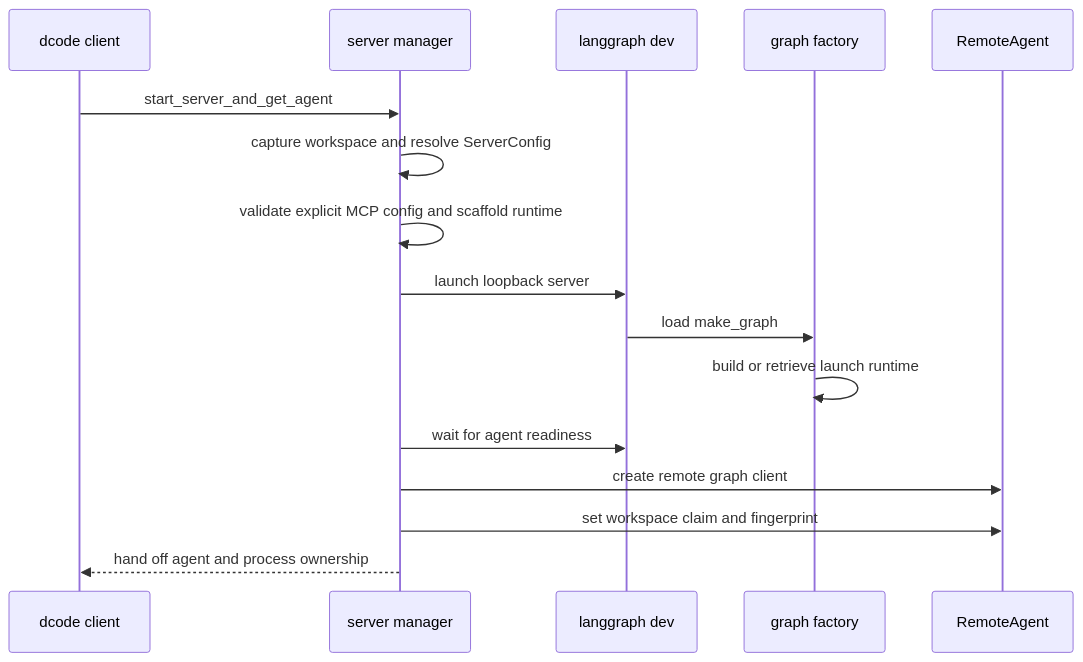
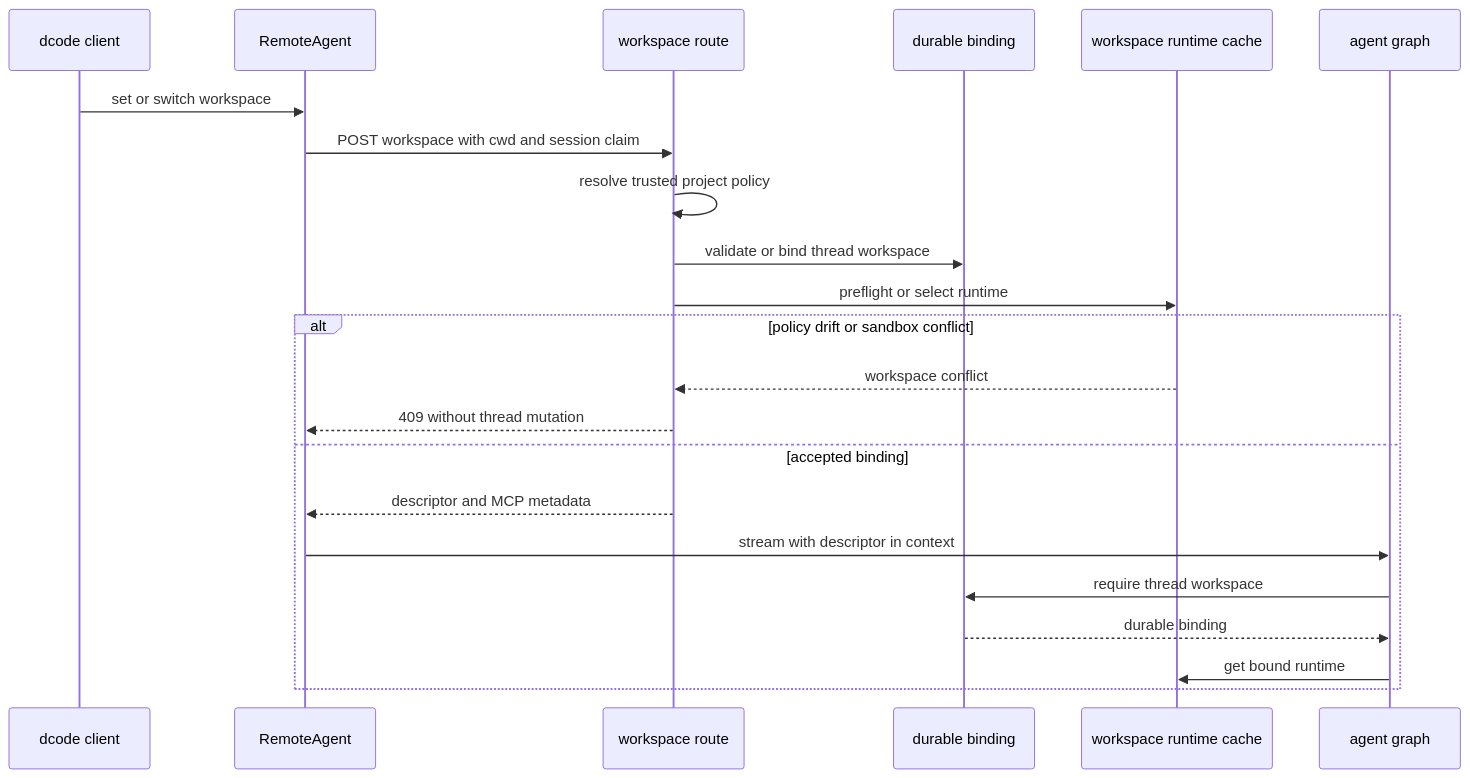
The diagram in openwiki/architecture/runtime-behavior.md (langchain-ai/deepagents), drawn with Mermaid before and after one commit. The commit also changed other lines of this file and 63 other files, not shown here.

````diff
--- a/openwiki/architecture/runtime-behavior.md
+++ b/openwiki/architecture/runtime-behavior.md
@@ -45,18 +67,24 @@
 ```mermaid
 sequenceDiagram
     participant Client as dcode client
-    participant Manager as server manager
-    participant Child as langgraph dev
-    participant Factory as graph factory
     participant Remote as RemoteAgent
-    Client->>Manager: start_server_and_get_agent
-    Manager->>Manager: capture workspace and resolve ServerConfig
-    Manager->>Manager: validate explicit MCP config and scaffold runtime
-    Manager->>Child: launch loopback server
-    Child->>Factory: load make_graph
-    Factory->>Factory: build or retrieve launch runtime
-    Manager->>Child: wait for agent readiness
-    Manager->>Remote: create remote graph client
-    Manager->>Remote: set workspace claim and fingerprint
-    Manager-->>Client: hand off agent and process ownership
+    participant Route as workspace route
+    participant Binding as durable binding
+    participant Cache as workspace runtime cache
+    participant Graph as agent graph
+    Client->>Remote: set or switch workspace
+    Remote->>Route: POST workspace with cwd and session claim
+    Route->>Route: resolve trusted project policy
+    Route->>Binding: validate or bind thread workspace
+    Route->>Cache: preflight or select runtime
+    alt policy drift or sandbox conflict
+        Cache-->>Route: workspace conflict
+        Route-->>Remote: 409 without thread mutation
+    else accepted binding
+        Route-->>Remote: descriptor and MCP metadata
+        Remote->>Graph: stream with descriptor in context
+        Graph->>Binding: require thread workspace
+        Binding-->>Graph: durable binding
+        Graph->>Cache: get bound runtime
+    end
 ```
````
